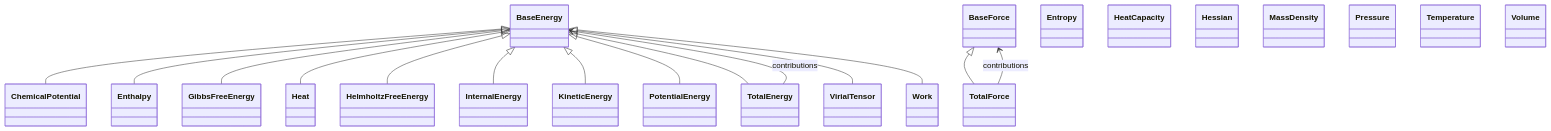
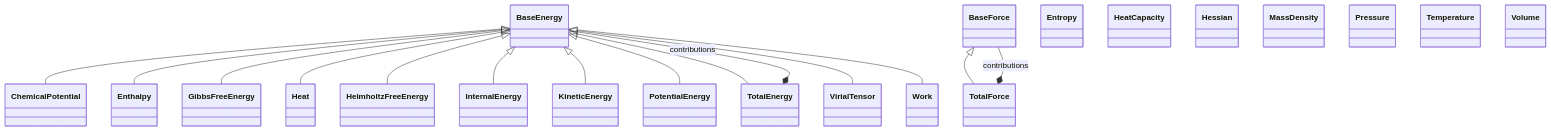
One commit to FAIRmat-NFDI/nomad-simulations changed the diagram in docs/schema/thermodynamics.md. Above: the diagram before and after it, drawn with Mermaid. The commit also changed other lines of this file and 34 other files, not shown here.

````diff
--- a/docs/schema/thermodynamics.md
+++ b/docs/schema/thermodynamics.md
@@ -21,38 +21,38 @@
 ```mermaid
 classDiagram
     class BaseEnergy
     class BaseForce
     class ChemicalPotential
     class Enthalpy
     class Entropy
     class GibbsFreeEnergy
     class Heat
     class HeatCapacity
     class HelmholtzFreeEnergy
     class Hessian
     class InternalEnergy
     class KineticEnergy
     class MassDensity
     class PotentialEnergy
     class Pressure
     class Temperature
     class TotalEnergy
     class TotalForce
     class VirialTensor
     class Volume
     class Work
     BaseEnergy <|-- ChemicalPotential
     BaseEnergy <|-- Enthalpy
     BaseEnergy <|-- GibbsFreeEnergy
     BaseEnergy <|-- Heat
     BaseEnergy <|-- HelmholtzFreeEnergy
     BaseEnergy <|-- InternalEnergy
     BaseEnergy <|-- KineticEnergy
     BaseEnergy <|-- PotentialEnergy
     BaseEnergy <|-- TotalEnergy
     BaseForce <|-- TotalForce
     BaseEnergy <|-- VirialTensor
     BaseEnergy <|-- Work
-    TotalEnergy --> BaseEnergy : contributions
-    TotalForce --> BaseForce : contributions
+    TotalEnergy *-- BaseEnergy : contributions
+    TotalForce *-- BaseForce : contributions
 ```
````
